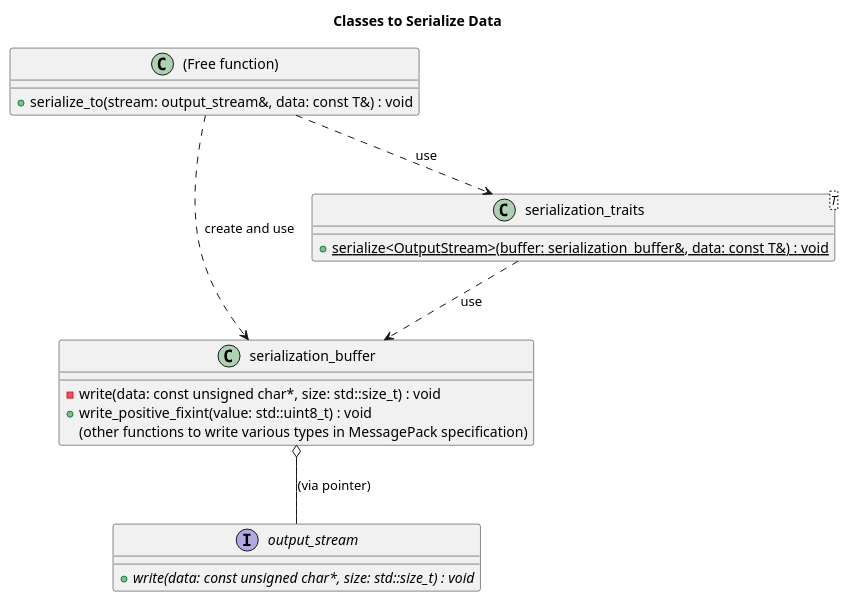
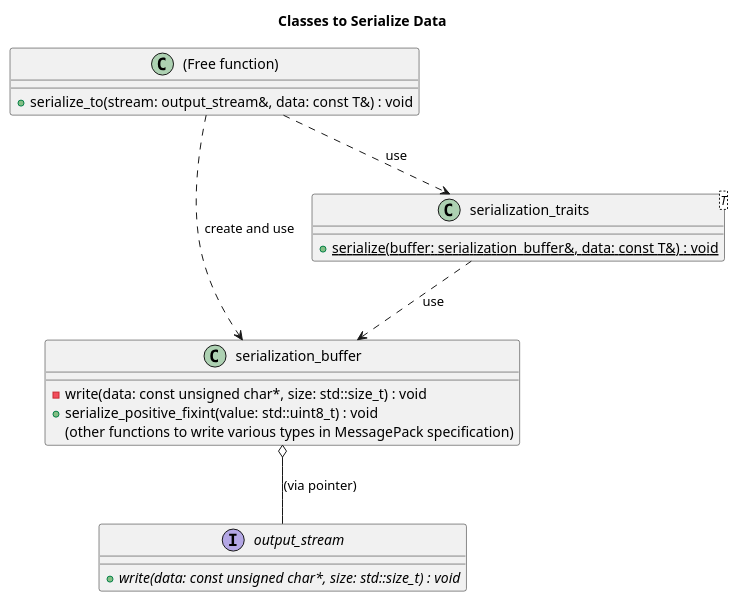
Before and after one commit to MusicScience37/cpp-msgpack-light: the diagram in doc/sphinx/src/design/uml/serializer.puml, drawn with PlantUML. The commit also changed 9 other files, not shown here.

```diff
--- a/doc/sphinx/src/design/uml/serializer.puml
+++ b/doc/sphinx/src/design/uml/serializer.puml
@@ -1,27 +1,27 @@
 @startuml serializer_classes
 
 title Classes to Serialize Data
 
 interface output_stream {
     {abstract} + write(data: const unsigned char*, size: std::size_t) : void
 }
 
 class serialization_buffer {
     - write(data: const unsigned char*, size: std::size_t) : void
-    + write_positive_fixint(value: std::uint8_t) : void
+    + serialize_positive_fixint(value: std::uint8_t) : void
     (other functions to write various types in MessagePack specification)
 }
 serialization_buffer o-- output_stream : (via pointer)
 
 class serialization_traits<T> {
-    {static} + serialize<OutputStream>(buffer: serialization_buffer&, data: const T&) : void
+    {static} + serialize(buffer: serialization_buffer&, data: const T&) : void
 }
 serialization_traits ..> serialization_buffer : use
 
 class "(Free function)" as free_function {
     + serialize_to(stream: output_stream&, data: const T&) : void
 }
 free_function ..> serialization_traits : use
 free_function ..> serialization_buffer : create and use
 
 @enduml
```
